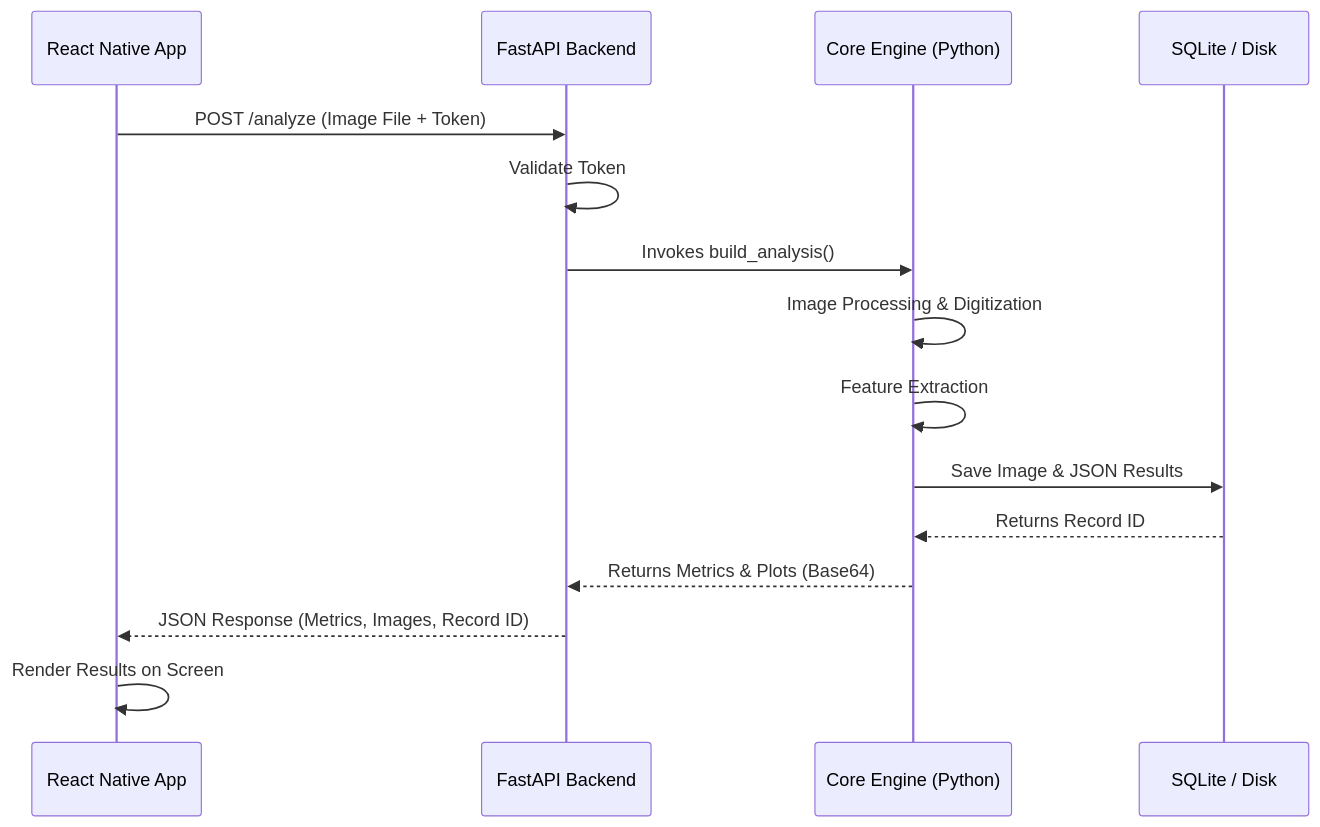
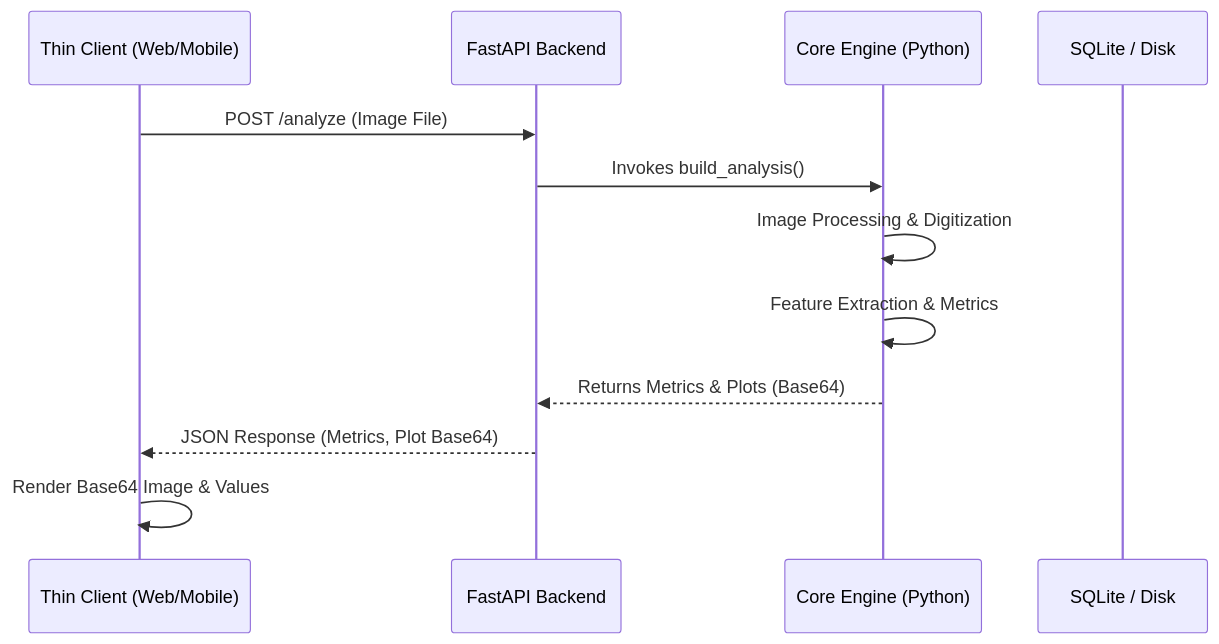
Before and after one commit to maheshhatolkar/ECGComparisonPython: the second of 2 diagrams in architecture_document.md, drawn with Mermaid. The commit also changed other lines of this file and 3314 other files, not shown here.

Commit message:
chore: update project dependencies and initialize mobile app environment

````diff
--- a/architecture_document.md
+++ b/architecture_document.md
@@ -68,18 +71,15 @@
 ```mermaid
 sequenceDiagram
-    participant App as React Native App
+    participant App as Thin Client (Web/Mobile)
     participant API as FastAPI Backend
     participant Core as Core Engine (Python)
     participant DB as SQLite / Disk
 
-    App->>API: POST /analyze (Image File + Token)
-    API->>API: Validate Token
+    App->>API: POST /analyze (Image File)
     API->>Core: Invokes build_analysis()
     Core->>Core: Image Processing & Digitization
-    Core->>Core: Feature Extraction
-    Core->>DB: Save Image & JSON Results
-    DB-->>Core: Returns Record ID
+    Core->>Core: Feature Extraction & Metrics
     Core-->>API: Returns Metrics & Plots (Base64)
-    API-->>App: JSON Response (Metrics, Images, Record ID)
-    App->>App: Render Results on Screen
+    API-->>App: JSON Response (Metrics, Plot Base64)
+    App->>App: Render Base64 Image & Values
 ```
````
